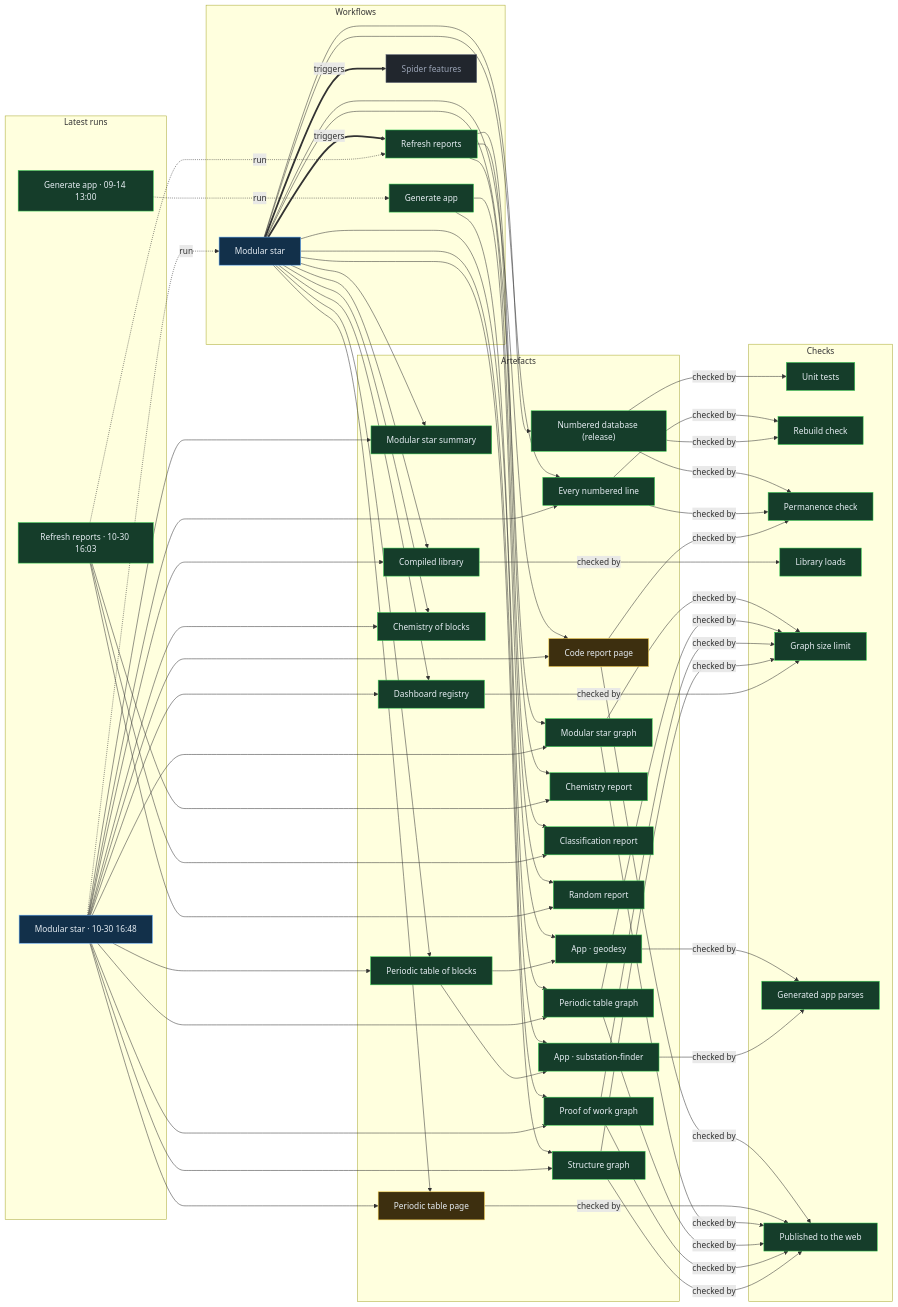
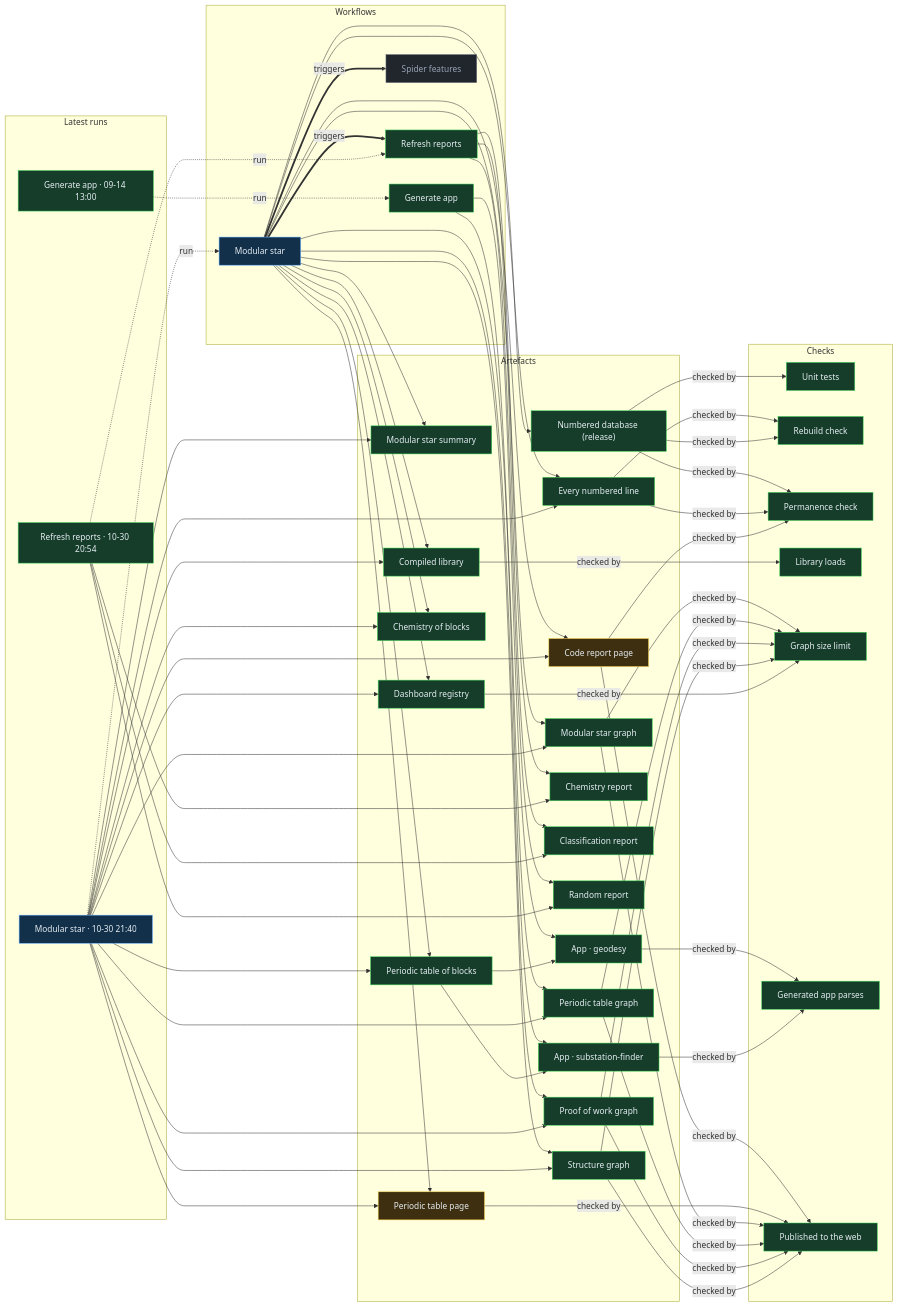
The diagram in proof/PROOF.md (Ventusltd/stars), drawn with Mermaid before and after one commit. The commit also changed other lines of this file and 44 other files, not shown here.

Commit message:
Modular star 2026-10-30T21:43Z

```diff
--- a/proof/PROOF.md
+++ b/proof/PROOF.md
@@ -24,8 +24,8 @@
   n_wf_spider_features["Spider features"]:::off
   end
   subgraph g_runs["Latest runs"]
-  n_run_41093153585["Modular star · 10-30 16:48"]:::live
-  n_run_41086323630["Refresh reports · 10-30 16:03"]:::ok
+  n_run_41132800842["Modular star · 10-30 21:40"]:::live
+  n_run_41126928668["Refresh reports · 10-30 20:54"]:::ok
   n_run_34846587798["Generate app · 09-14 13:00"]:::ok
   end
   subgraph g_artefacts["Artefacts"]
@@ -59,39 +59,39 @@
   end
   n_wf_modular_star == triggers ==> n_wf_refresh
   n_wf_modular_star == triggers ==> n_wf_spider_features
-  n_run_41093153585 -. run .-> n_wf_modular_star
-  n_run_41086323630 -. run .-> n_wf_refresh
+  n_run_41132800842 -. run .-> n_wf_modular_star
+  n_run_41126928668 -. run .-> n_wf_refresh
   n_run_34846587798 -. run .-> n_wf_generate
   n_wf_modular_star --> n_art_summary
-  n_run_41093153585 --> n_art_summary
+  n_run_41132800842 --> n_art_summary
   n_wf_modular_star --> n_art_lines
-  n_run_41093153585 --> n_art_lines
+  n_run_41132800842 --> n_art_lines
   n_wf_modular_star --> n_art_code
-  n_run_41093153585 --> n_art_code
+  n_run_41132800842 --> n_art_code
   n_wf_modular_star --> n_art_modular_graph
-  n_run_41093153585 --> n_art_modular_graph
+  n_run_41132800842 --> n_art_modular_graph
   n_wf_modular_star --> n_art_blocks
-  n_run_41093153585 --> n_art_blocks
+  n_run_41132800842 --> n_art_blocks
   n_wf_modular_star --> n_art_table
-  n_run_41093153585 --> n_art_table
+  n_run_41132800842 --> n_art_table
   n_wf_modular_star --> n_art_blocks_graph
-  n_run_41093153585 --> n_art_blocks_graph
+  n_run_41132800842 --> n_art_blocks_graph
   n_wf_modular_star --> n_art_reactions
-  n_run_41093153585 --> n_art_reactions
+  n_run_41132800842 --> n_art_reactions
   n_wf_modular_star --> n_art_library
-  n_run_41093153585 --> n_art_library
+  n_run_41132800842 --> n_art_library
   n_wf_modular_star --> n_art_features
-  n_run_41093153585 --> n_art_features
+  n_run_41132800842 --> n_art_features
   n_wf_modular_star --> n_art_proof
-  n_run_41093153585 --> n_art_proof
+  n_run_41132800842 --> n_art_proof
   n_wf_modular_star --> n_art_structure
-  n_run_41093153585 --> n_art_structure
+  n_run_41132800842 --> n_art_structure
   n_wf_refresh --> n_art_chemistry
-  n_run_41086323630 --> n_art_chemistry
+  n_run_41126928668 --> n_art_chemistry
   n_wf_refresh --> n_art_vedic
-  n_run_41086323630 --> n_art_vedic
+  n_run_41126928668 --> n_art_vedic
   n_wf_refresh --> n_art_random
-  n_run_41086323630 --> n_art_random
+  n_run_41126928668 --> n_art_random
   n_wf_modular_star --> n_art_release
   n_wf_generate --> n_app_geodesy
   n_art_blocks --> n_app_geodesy
```
